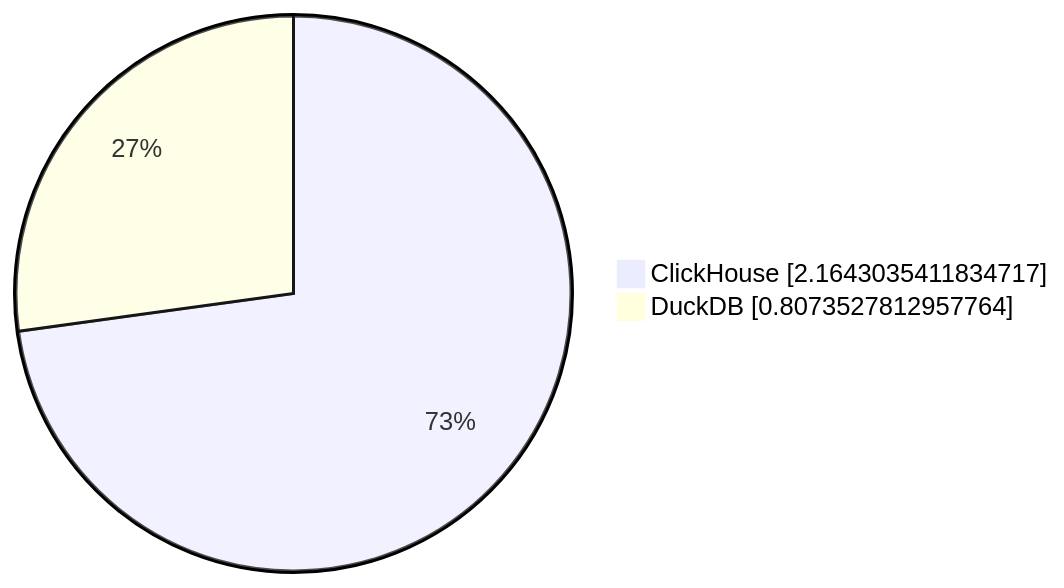
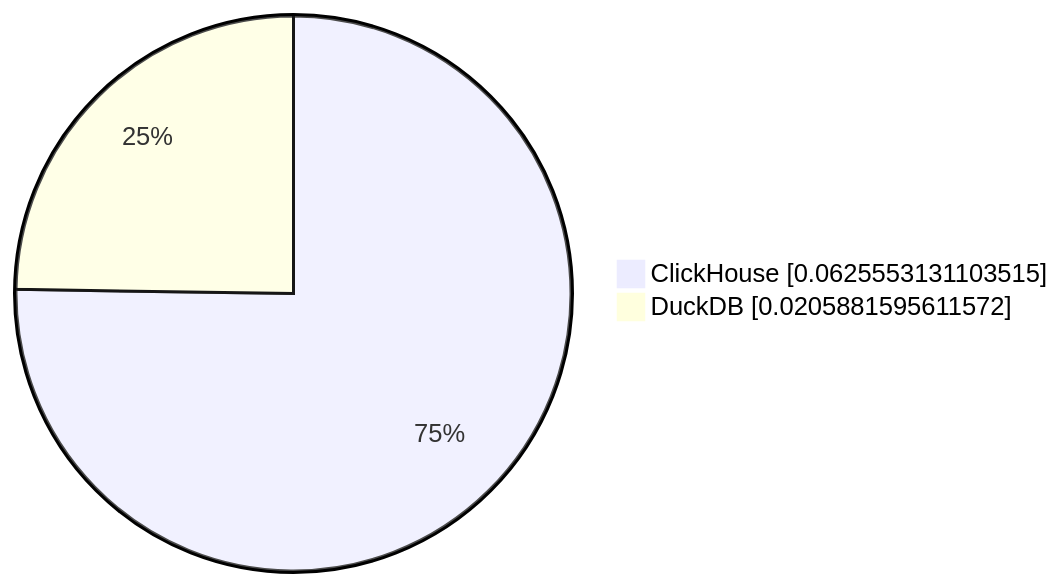
The ninth of 10 diagrams in parquet/performance/results/README.md (Altinity/clickhouse-regression), drawn with Mermaid before and after one commit. The commit also changed other lines of this file, not shown here.

````diff
--- a/parquet/performance/results/README.md
+++ b/parquet/performance/results/README.md
@@ -90,5 +90,5 @@
 ```mermaid
      pie showData
-         "ClickHouse" : 2.1643035411834717
-         "DuckDB" : 0.8073527812957764
+         "ClickHouse" : 0.0625553131103515
+         "DuckDB" : 0.0205881595611572
 ```
````
